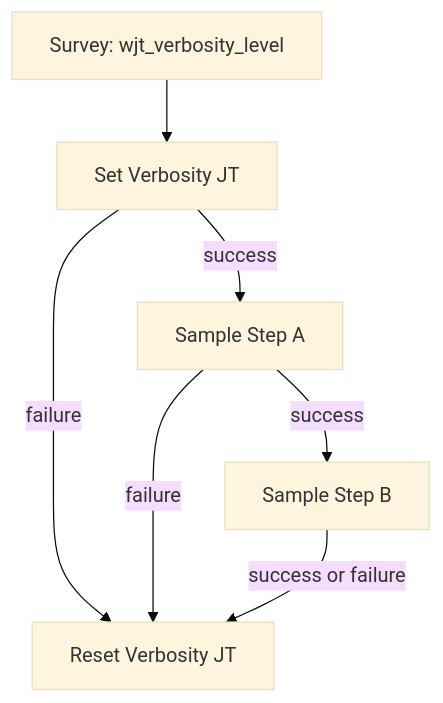
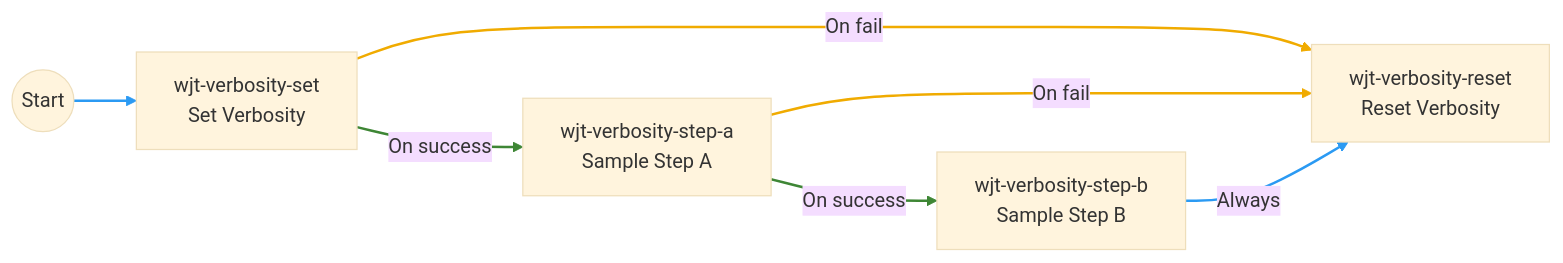
Before and after one commit to lennysh/ansible-playground: the diagram in demo-wjt-verbosity/README.md, drawn with Mermaid (base theme). The commit also changed other lines of this file and 6 other files, not shown here.

````diff
--- a/demo-wjt-verbosity/README.md
+++ b/demo-wjt-verbosity/README.md
@@ -21,14 +25,22 @@
 ```mermaid
-flowchart TD
-  survey["Survey: wjt_verbosity_level"]
-  set["Set Verbosity JT"]
-  stepA["Sample Step A"]
-  stepB["Sample Step B"]
-  reset["Reset Verbosity JT"]
-  survey --> set
-  set -->|success| stepA
-  set -->|failure| reset
-  stepA -->|success| stepB
-  stepA -->|failure| reset
-  stepB -->|success or failure| reset
+flowchart LR
+  start((Start))
+  set["wjt-verbosity-set<br/>Set Verbosity"]
+  stepA["wjt-verbosity-step-a<br/>Sample Step A"]
+  stepB["wjt-verbosity-step-b<br/>Sample Step B"]
+  reset["wjt-verbosity-reset<br/>Reset Verbosity"]
+
+  start --> set
+  set -->|On success| stepA
+  set -->|On fail| reset
+  stepA -->|On success| stepB
+  stepA -->|On fail| reset
+  stepB -->|Always| reset
+
+  linkStyle 0 stroke:#2b9af3,stroke-width:2px
+  linkStyle 1 stroke:#3e8635,stroke-width:2px
+  linkStyle 2 stroke:#f0ab00,stroke-width:2px
+  linkStyle 3 stroke:#3e8635,stroke-width:2px
+  linkStyle 4 stroke:#f0ab00,stroke-width:2px
+  linkStyle 5 stroke:#2b9af3,stroke-width:2px
 ```
````
